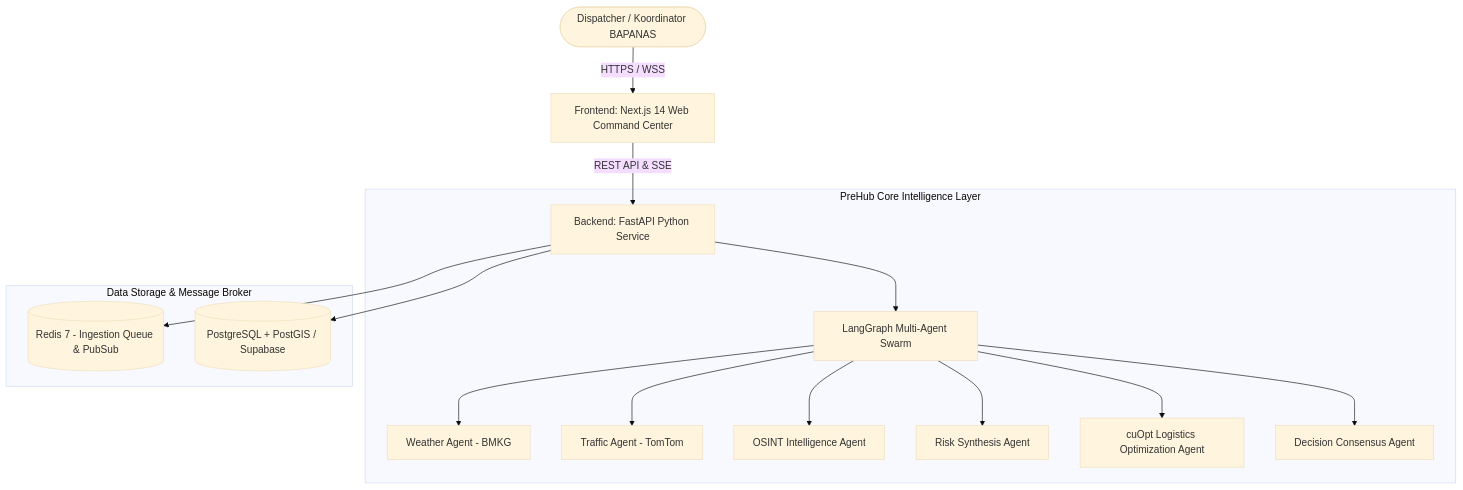
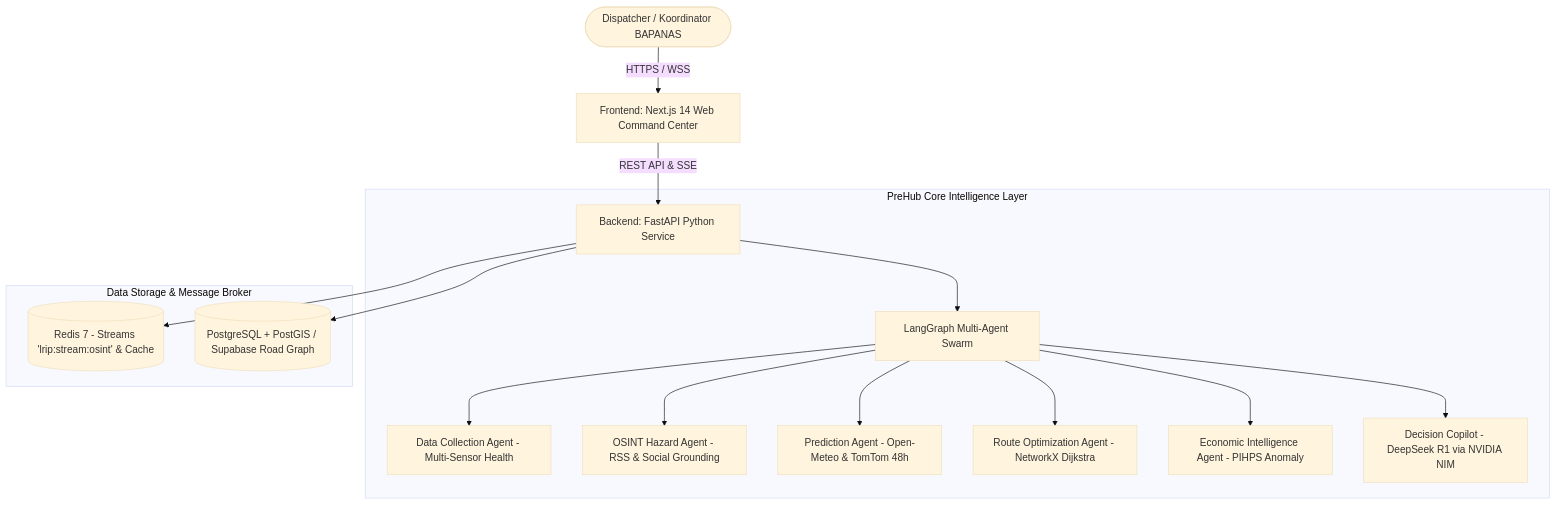
One commit to Zhav1/peta-nadi changed the second of 2 diagrams in docs/Dokumen_Pendukung_PreHub.md. Above: the diagram before and after it, drawn with Mermaid (base theme). The commit also changed other lines of this file and 24 other files, not shown here.

Commit message:
docs: update technical docs, README, and state for Phase 32 live data and agent swarm reality

````diff
--- a/docs/Dokumen_Pendukung_PreHub.md
+++ b/docs/Dokumen_Pendukung_PreHub.md
@@ -166,20 +166,20 @@
 ```mermaid
 graph TD
     User([Dispatcher / Koordinator BAPANAS]) -->|HTTPS / WSS| FE[Frontend: Next.js 14 Web Command Center]
     FE -->|REST API & SSE| BE[Backend: FastAPI Python Service]
     
     subgraph "PreHub Core Intelligence Layer"
         BE --> AgentOrch[LangGraph Multi-Agent Swarm]
-        AgentOrch --> WAgent[Weather Agent - BMKG]
-        AgentOrch --> TAgent[Traffic Agent - TomTom]
-        AgentOrch --> IAgent[OSINT Intelligence Agent]
-        AgentOrch --> RAgent[Risk Synthesis Agent]
-        AgentOrch --> LAgent[cuOpt Logistics Optimization Agent]
-        AgentOrch --> DAgent[Decision Consensus Agent]
+        AgentOrch --> WAgent[Data Collection Agent - Multi-Sensor Health]
+        AgentOrch --> TAgent[OSINT Hazard Agent - RSS & Social Grounding]
+        AgentOrch --> IAgent[Prediction Agent - Open-Meteo & TomTom 48h]
+        AgentOrch --> RAgent[Route Optimization Agent - NetworkX Dijkstra]
+        AgentOrch --> LAgent[Economic Intelligence Agent - PIHPS Anomaly]
+        AgentOrch --> DAgent[Decision Copilot - DeepSeek R1 via NVIDIA NIM]
     end
 
     subgraph "Data Storage & Message Broker"
-        BE --> Redis[(Redis 7 - Ingestion Queue & PubSub)]
-        BE --> PostGIS[(PostgreSQL + PostGIS / Supabase)]
+        BE --> Redis[(Redis 7 - Streams 'lrip:stream:osint' & Cache)]
+        BE --> PostGIS[(PostgreSQL + PostGIS / Supabase Road Graph)]
     end
 ```
````
